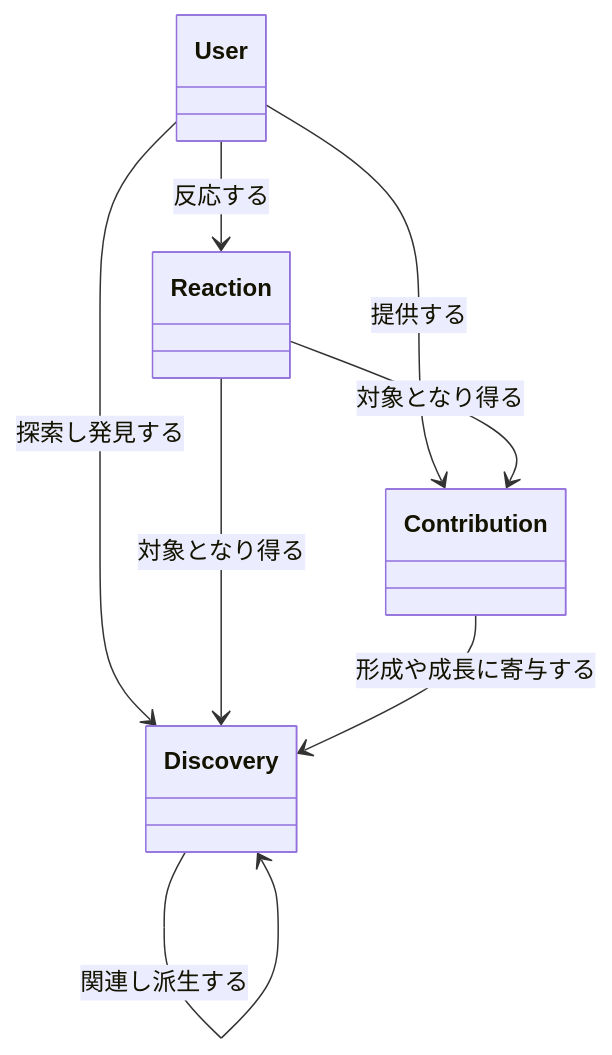
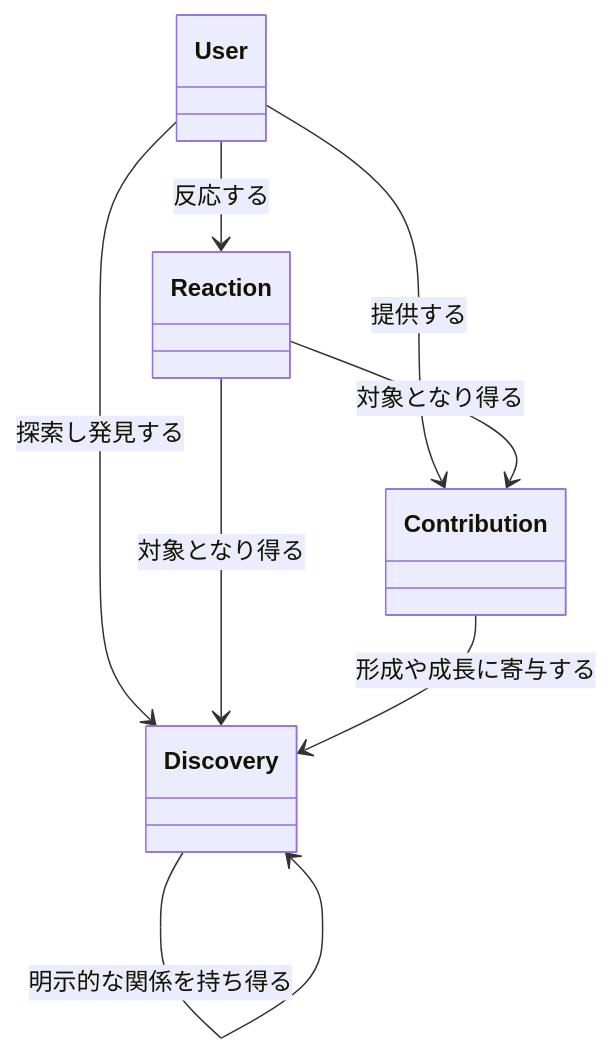
The first of 6 diagrams in docs/ex-day_domain_model.md (ex-day/platform), drawn with Mermaid before and after one commit. The commit also changed other lines of this file, not shown here.

Commit message:
Discovery Subjectの意味合いを定義

````diff
--- a/docs/ex-day_domain_model.md
+++ b/docs/ex-day_domain_model.md
@@ -108,15 +108,15 @@
 ```mermaid
 classDiagram
     class User
     class Discovery
     class Contribution
     class Reaction
  
     User --> Discovery : 探索し発見する
     User --> Contribution : 提供する
     User --> Reaction : 反応する
     Reaction --> Discovery : 対象となり得る
     Reaction --> Contribution : 対象となり得る
     Contribution --> Discovery : 形成や成長に寄与する
-    Discovery --> Discovery : 関連し派生する
+    Discovery --> Discovery : 明示的な関係を持ち得る
 ```
````
